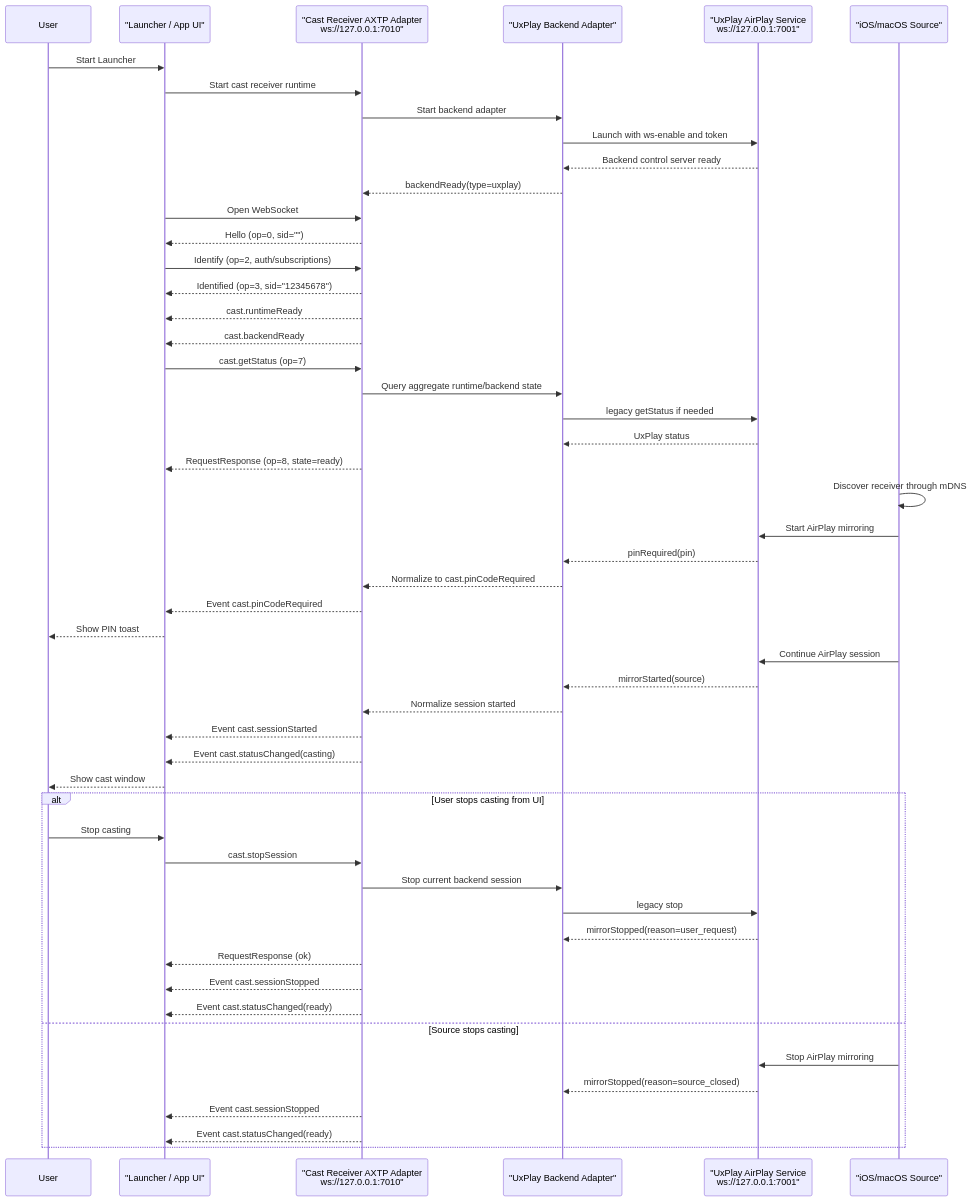
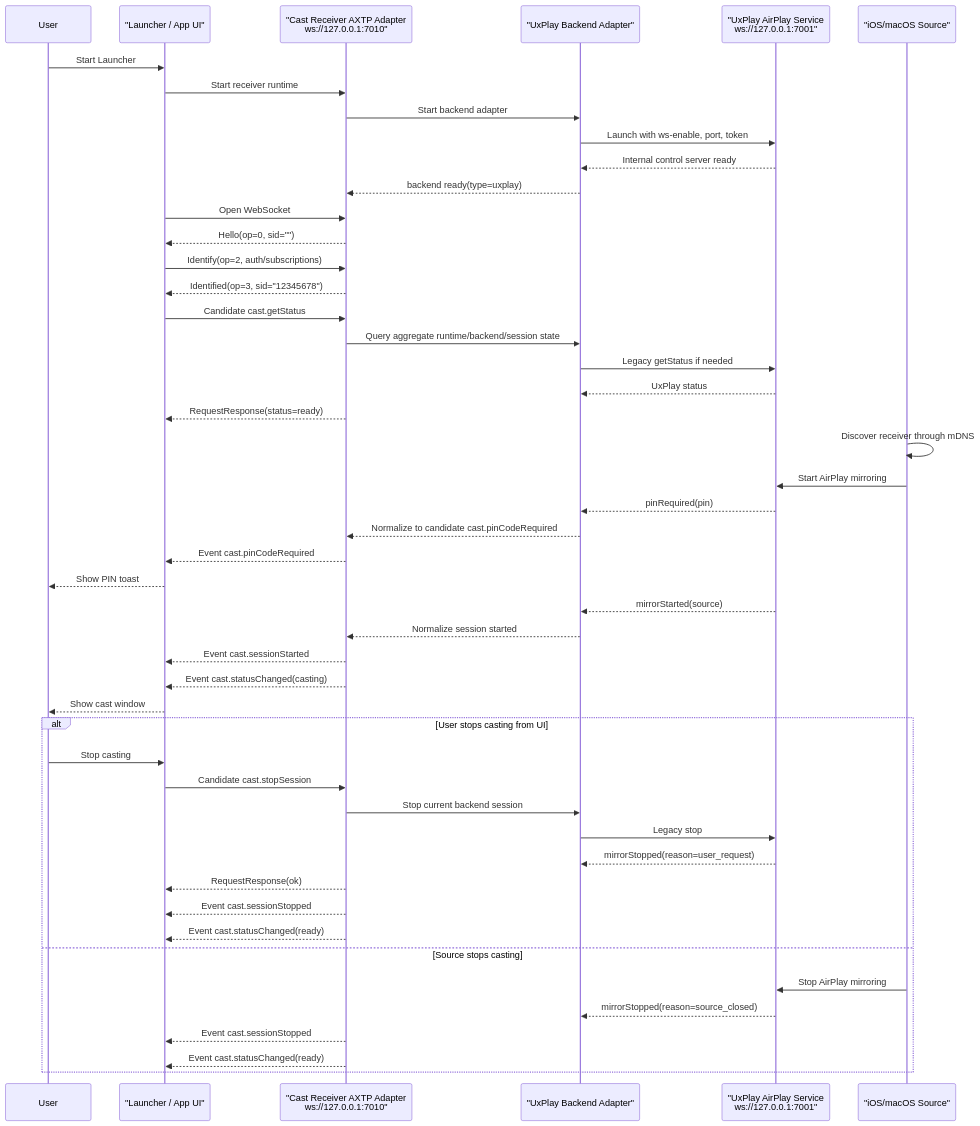
Before and after one commit to Mostorm-Labs/axtp: the diagram in docs/flows/cast-reciever-uxplay.md, drawn with Mermaid. The commit also changed other lines of this file and 4 other files, not shown here.

Commit message:
docs: update remaining flow and core notes

````diff
--- a/docs/flows/cast-reciever-uxplay.md
+++ b/docs/flows/cast-reciever-uxplay.md
@@ -124,59 +128,56 @@
 ```mermaid
 sequenceDiagram
     participant User
     participant Launcher as "Launcher / App UI"
     participant AXTP as "Cast Receiver AXTP Adapter<br/>ws://127.0.0.1:7010"
     participant Backend as "UxPlay Backend Adapter"
     participant UxPlay as "UxPlay AirPlay Service<br/>ws://127.0.0.1:7001"
     participant Source as "iOS/macOS Source"
 
     User->>Launcher: Start Launcher
-    Launcher->>AXTP: Start cast receiver runtime
+    Launcher->>AXTP: Start receiver runtime
     AXTP->>Backend: Start backend adapter
-    Backend->>UxPlay: Launch with ws-enable and token
-    UxPlay-->>Backend: Backend control server ready
-    Backend-->>AXTP: backendReady(type=uxplay)
+    Backend->>UxPlay: Launch with ws-enable, port, token
+    UxPlay-->>Backend: Internal control server ready
+    Backend-->>AXTP: backend ready(type=uxplay)
 
     Launcher->>AXTP: Open WebSocket
-    AXTP-->>Launcher: Hello (op=0, sid="")
-    Launcher->>AXTP: Identify (op=2, auth/subscriptions)
-    AXTP-->>Launcher: Identified (op=3, sid="12345678")
-    AXTP-->>Launcher: cast.runtimeReady
-    AXTP-->>Launcher: cast.backendReady
+    AXTP-->>Launcher: Hello(op=0, sid="")
+    Launcher->>AXTP: Identify(op=2, auth/subscriptions)
+    AXTP-->>Launcher: Identified(op=3, sid="12345678")
 
-    Launcher->>AXTP: cast.getStatus (op=7)
-    AXTP->>Backend: Query aggregate runtime/backend state
-    Backend->>UxPlay: legacy getStatus if needed
+    Launcher->>AXTP: Candidate cast.getStatus
+    AXTP->>Backend: Query aggregate runtime/backend/session state
+    Backend->>UxPlay: Legacy getStatus if needed
     UxPlay-->>Backend: UxPlay status
-    AXTP-->>Launcher: RequestResponse (op=8, state=ready)
+    AXTP-->>Launcher: RequestResponse(status=ready)
 
     Source->>Source: Discover receiver through mDNS
     Source->>UxPlay: Start AirPlay mirroring
     UxPlay-->>Backend: pinRequired(pin)
-    Backend-->>AXTP: Normalize to cast.pinCodeRequired
+    Backend-->>AXTP: Normalize to candidate cast.pinCodeRequired
     AXTP-->>Launcher: Event cast.pinCodeRequired
     Launcher-->>User: Show PIN toast
 
-    Source->>UxPlay: Continue AirPlay session
     UxPlay-->>Backend: mirrorStarted(source)
     Backend-->>AXTP: Normalize session started
     AXTP-->>Launcher: Event cast.sessionStarted
     AXTP-->>Launcher: Event cast.statusChanged(casting)
     Launcher-->>User: Show cast window
 
     alt User stops casting from UI
         User->>Launcher: Stop casting
-        Launcher->>AXTP: cast.stopSession
+        Launcher->>AXTP: Candidate cast.stopSession
         AXTP->>Backend: Stop current backend session
-        Backend->>UxPlay: legacy stop
+        Backend->>UxPlay: Legacy stop
         UxPlay-->>Backend: mirrorStopped(reason=user_request)
-        AXTP-->>Launcher: RequestResponse (ok)
+        AXTP-->>Launcher: RequestResponse(ok)
         AXTP-->>Launcher: Event cast.sessionStopped
         AXTP-->>Launcher: Event cast.statusChanged(ready)
     else Source stops casting
         Source->>UxPlay: Stop AirPlay mirroring
         UxPlay-->>Backend: mirrorStopped(reason=source_closed)
         AXTP-->>Launcher: Event cast.sessionStopped
         AXTP-->>Launcher: Event cast.statusChanged(ready)
     end
 ```
````
